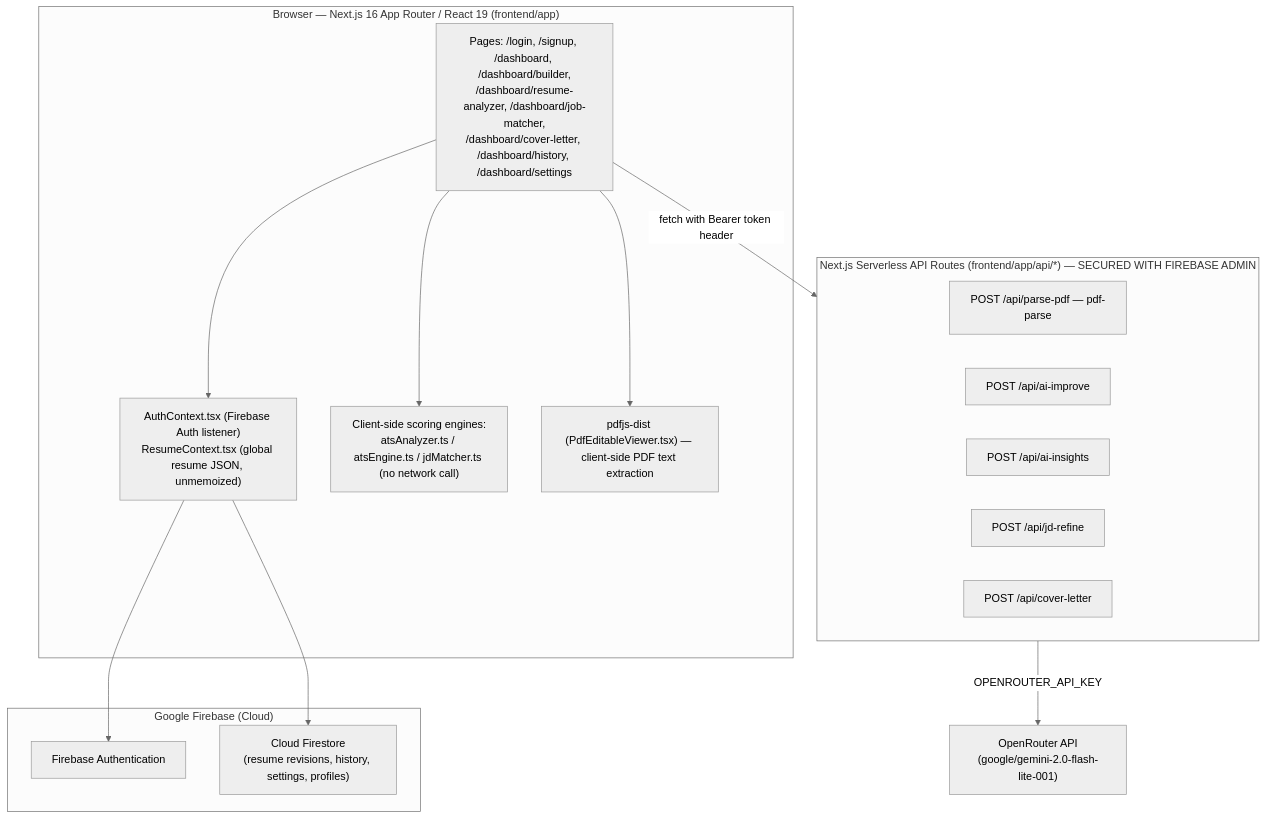
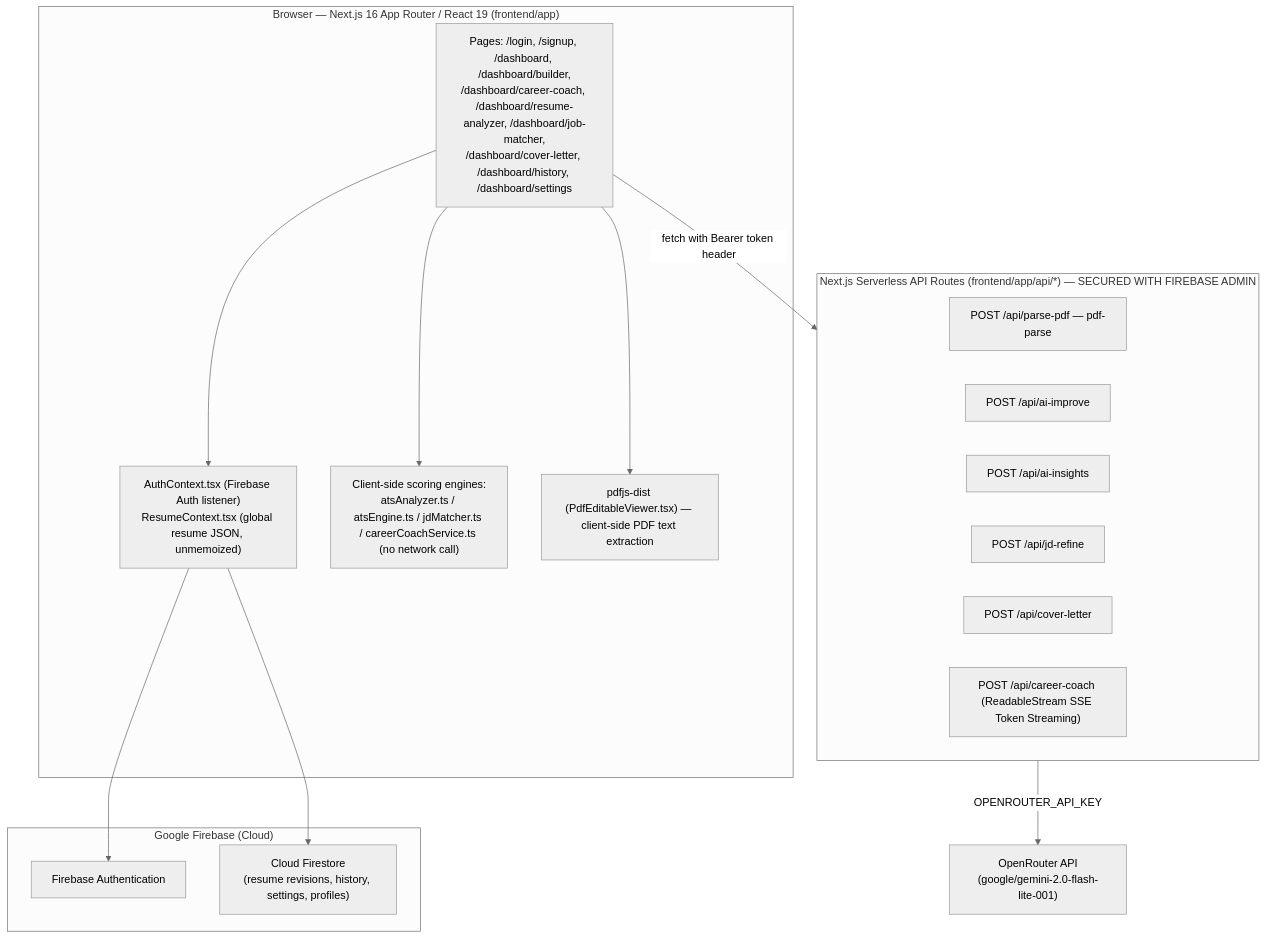
The diagram in hirelens-wiki-docs/docs/02_Architecture.md (Tusharjadhav2316-dev/Hirelens_AI), drawn with Mermaid (neutral theme) before and after one commit. The commit also changed other lines of this file and 22 other files, not shown here.

Commit message:
feat(career-coach): complete Sprint 6 AI Career Coach with streaming API, context grounding, UX hardening & safety tests

````diff
--- a/hirelens-wiki-docs/docs/02_Architecture.md
+++ b/hirelens-wiki-docs/docs/02_Architecture.md
@@ -7,32 +7,33 @@
 ```mermaid
 flowchart TD
     subgraph Client["Browser — Next.js 16 App Router / React 19 (frontend/app)"]
-        Pages["Pages: /login, /signup, /dashboard, /dashboard/builder,\n/dashboard/resume-analyzer, /dashboard/job-matcher,\n/dashboard/cover-letter, /dashboard/history, /dashboard/settings"]
+        Pages["Pages: /login, /signup, /dashboard, /dashboard/builder,\n/dashboard/career-coach, /dashboard/resume-analyzer, /dashboard/job-matcher,\n/dashboard/cover-letter, /dashboard/history, /dashboard/settings"]
         Contexts["AuthContext.tsx (Firebase Auth listener)\nResumeContext.tsx (global resume JSON, unmemoized)"]
-        LocalEngines["Client-side scoring engines:\natsAnalyzer.ts / atsEngine.ts / jdMatcher.ts (no network call)"]
+        LocalEngines["Client-side scoring engines:\natsAnalyzer.ts / atsEngine.ts / jdMatcher.ts / careerCoachService.ts (no network call)"]
         ClientPDF["pdfjs-dist (PdfEditableViewer.tsx) — client-side PDF text extraction"]
     end
 
     subgraph FirebaseCloud["Google Firebase (Cloud)"]
         Auth["Firebase Authentication"]
         Firestore["Cloud Firestore\n(resume revisions, history, settings, profiles)"]
     end
 
     subgraph ServerlessAPI["Next.js Serverless API Routes (frontend/app/api/*) — SECURED WITH FIREBASE ADMIN"]
         ParsePdf["POST /api/parse-pdf — pdf-parse"]
         AiImprove["POST /api/ai-improve"]
         AiInsights["POST /api/ai-insights"]
         JdRefine["POST /api/jd-refine"]
         CoverLetter["POST /api/cover-letter"]
+        CareerCoach["POST /api/career-coach (ReadableStream SSE Token Streaming)"]
     end
 
     OpenRouter["OpenRouter API\n(google/gemini-2.0-flash-lite-001)"]
 
     Pages --> Contexts
     Contexts --> Auth
     Contexts --> Firestore
     Pages --> LocalEngines
     Pages --> ClientPDF
     Pages -->|fetch with Bearer token header| ServerlessAPI
     ServerlessAPI -->|OPENROUTER_API_KEY| OpenRouter
 ```
````
